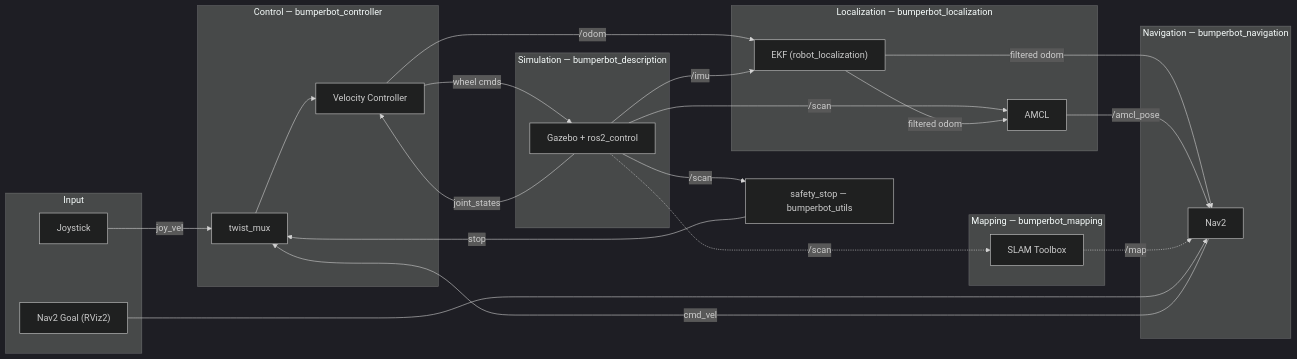
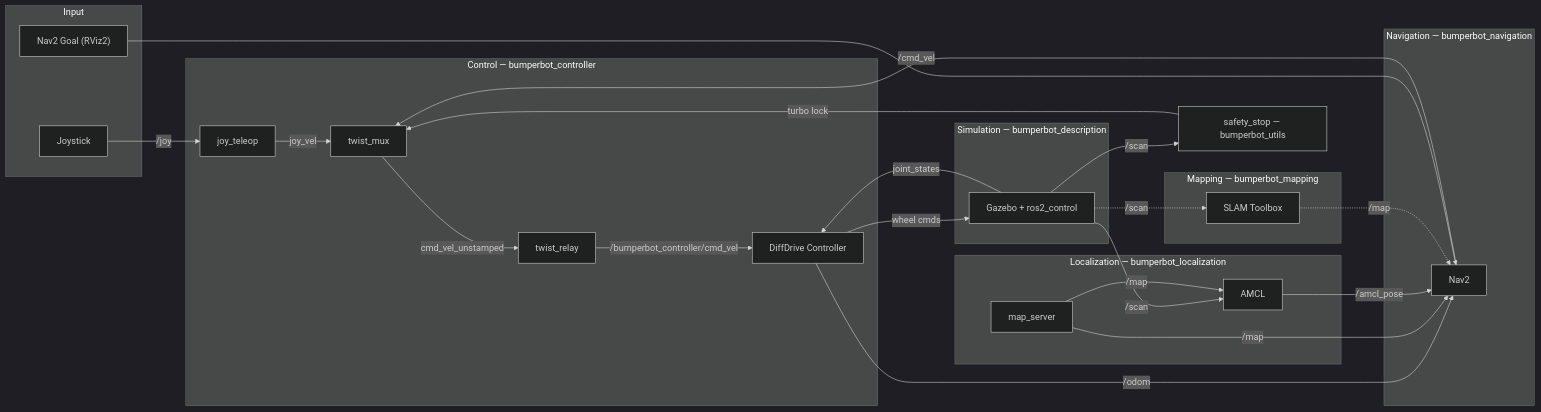
One commit to Matan-Vinkler/bumperbot changed the diagram in README.md. Above: the diagram before and after it, drawn with Mermaid (dark theme). The commit also changed other lines of this file, not shown here.

Commit message:
Fixed architecture flowchart in README

````diff
--- a/README.md
+++ b/README.md
@@ -72,48 +72,51 @@
 ```mermaid
 flowchart LR
-    subgraph Input
+    subgraph input["Input"]
         JOY["Joystick"]
         GOAL["Nav2 Goal (RViz2)"]
     end
 
     subgraph ctrl["Control — bumperbot_controller"]
+        JT["joy_teleop"]
         TM["twist_mux"]
-        VC["Velocity Controller"]
+        TR["twist_relay"]
+        DC["DiffDrive Controller"]
     end
 
     subgraph sim["Simulation — bumperbot_description"]
         GZ["Gazebo + ros2_control"]
     end
 
     subgraph loc["Localization — bumperbot_localization"]
-        EKF["EKF (robot_localization)"]
+        MS["map_server"]
         AMCL["AMCL"]
     end
 
     subgraph map["Mapping — bumperbot_mapping"]
         SLAM["SLAM Toolbox"]
     end
 
     subgraph nav["Navigation — bumperbot_navigation"]
         NAV["Nav2"]
     end
 
     SS["safety_stop — bumperbot_utils"]
 
-    JOY -->|joy_vel| TM
-    NAV -->|cmd_vel| TM
-    SS -->|stop| TM
-    TM --> VC
-    VC -->|wheel cmds| GZ
-    GZ -->|joint_states| VC
-    VC -->|/odom| EKF
-    GZ -->|/imu| EKF
+    JOY -->|/joy| JT
+    JT -->|joy_vel| TM
+    NAV -->|/cmd_vel| TM
+    SS -->|turbo lock| TM
+    TM -->|cmd_vel_unstamped| TR
+    TR -->|/bumperbot_controller/cmd_vel| DC
+    DC -->|wheel cmds| GZ
+    GZ -->|joint_states| DC
+    DC -->|/odom| NAV
     GZ -->|/scan| AMCL
     GZ -->|/scan| SS
     GZ -.->|/scan| SLAM
-    EKF -->|filtered odom| AMCL
-    EKF -->|filtered odom| NAV
+    MS -->|/map| AMCL
+    MS -->|/map| NAV
     AMCL -->|/amcl_pose| NAV
     SLAM -.->|/map| NAV
     GOAL --> NAV
 ```
````
